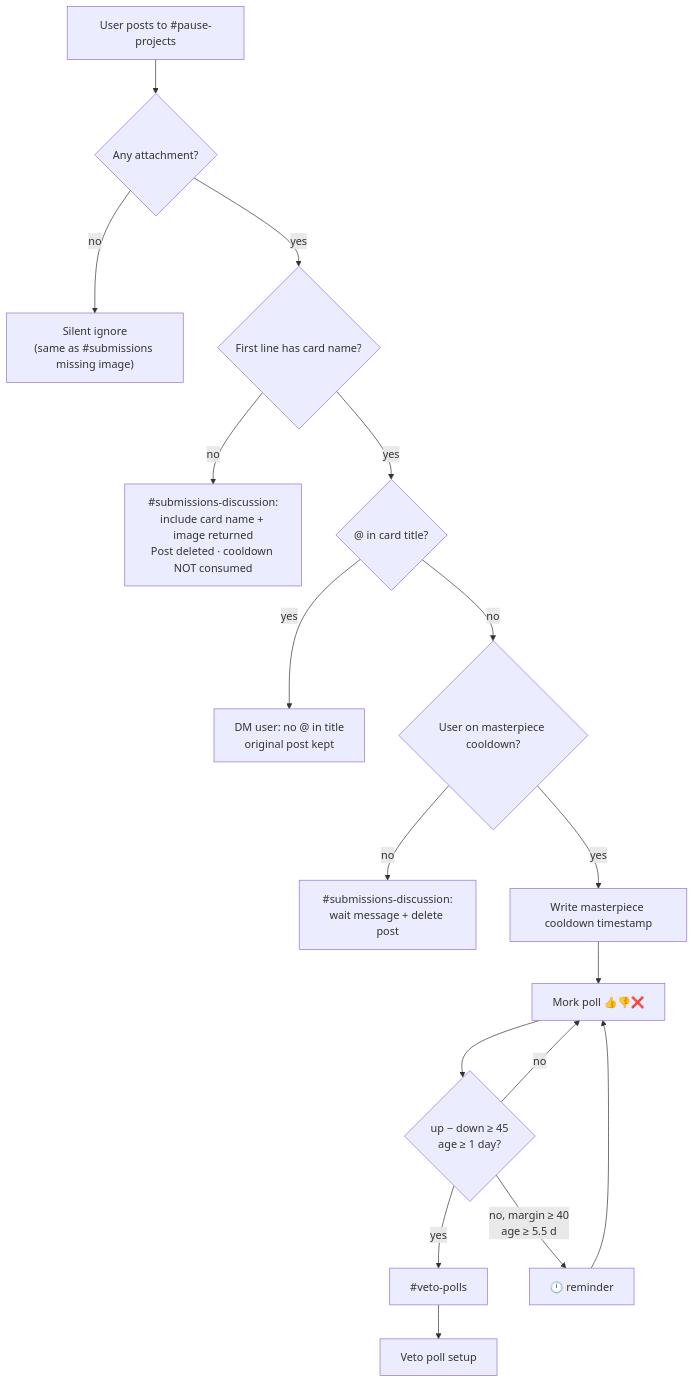
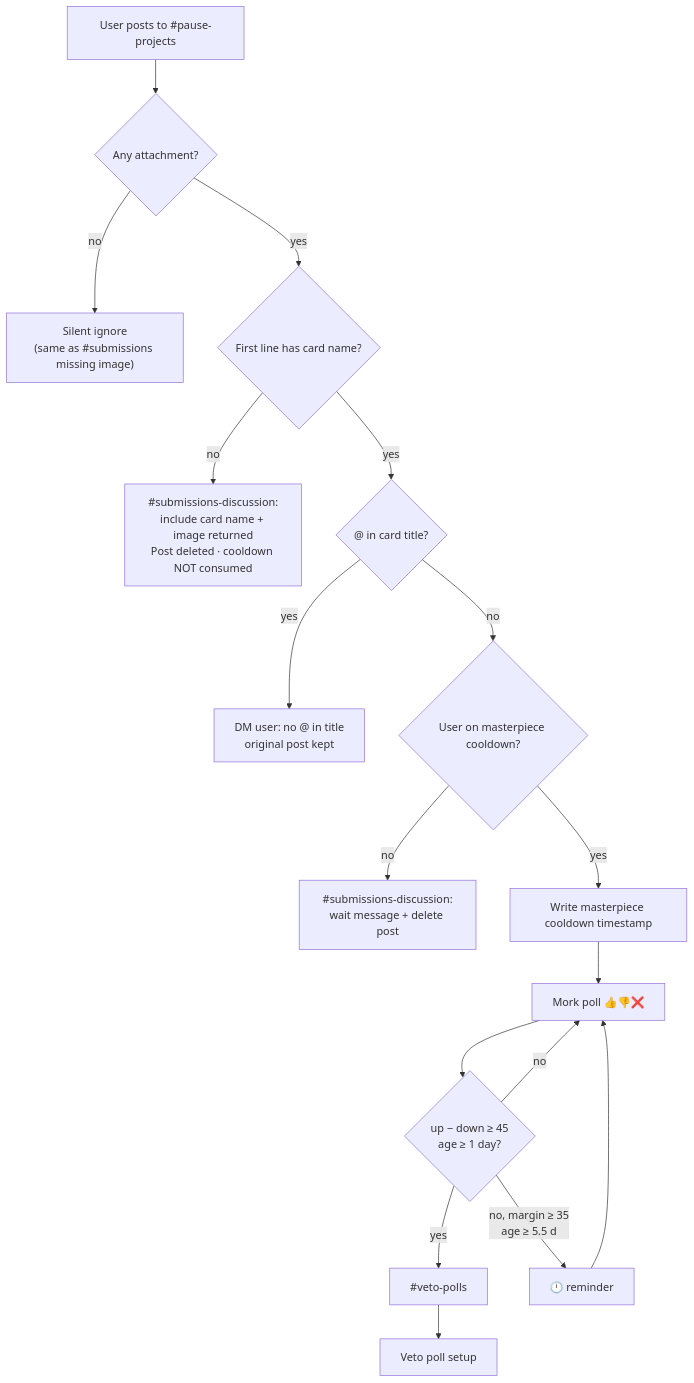
One commit to bones-bones/mork changed the third of 6 diagrams in docs/card-flows/submissions.md. Above: the diagram before and after it, drawn with Mermaid. The commit also changed other lines of this file and 3 other files, not shown here.

````diff
--- a/docs/card-flows/submissions.md
+++ b/docs/card-flows/submissions.md
@@ -96,19 +96,19 @@
 ```mermaid
 flowchart TD
   U["User posts to #pause-projects"] --> ATT{"Any attachment?"}
   ATT -->|no| MISS["Silent ignore<br/>(same as #submissions missing image)"]
   ATT -->|yes| NAME{"First line has card name?"}
   NAME -->|no| NONAME["#submissions-discussion:<br/>include card name + image returned<br/>Post deleted · cooldown NOT consumed"]
   NAME -->|yes| PING{"@ in card title?"}
   PING -->|yes| DM["DM user: no @ in title<br/>original post kept"]
   PING -->|no| CD{"User on masterpiece cooldown?"}
   CD -->|no| WAIT["#submissions-discussion:<br/>wait message + delete post"]
   CD -->|yes| COOL["Write masterpiece cooldown timestamp"]
   COOL --> POLL["Mork poll 👍👎❌"]
   POLL --> CHK{"up − down ≥ 45<br/>age ≥ 1 day?"}
   CHK -->|yes| VP["#veto-polls"]
   VP --> HVP["Veto poll setup"]
-  CHK -->|no, margin ≥ 40<br/>age ≥ 5.5 d| REM["🕛 reminder"]
+  CHK -->|no, margin ≥ 35<br/>age ≥ 5.5 d| REM["🕛 reminder"]
   REM --> POLL
   CHK -->|no| POLL
 ```
````
